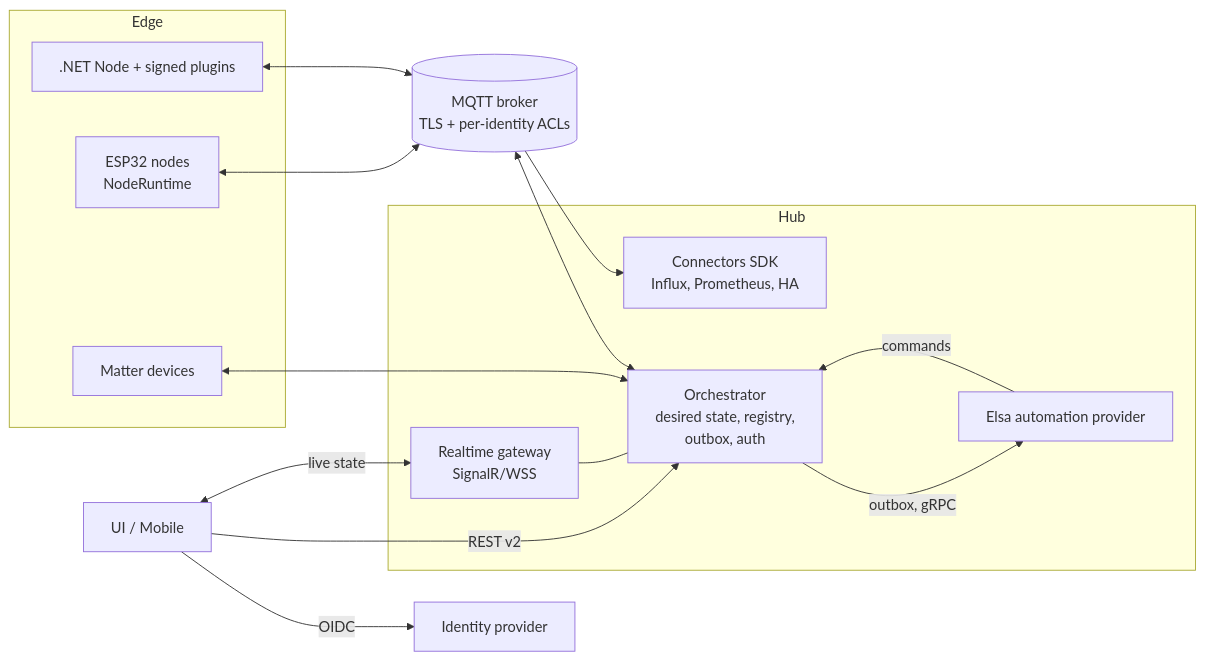
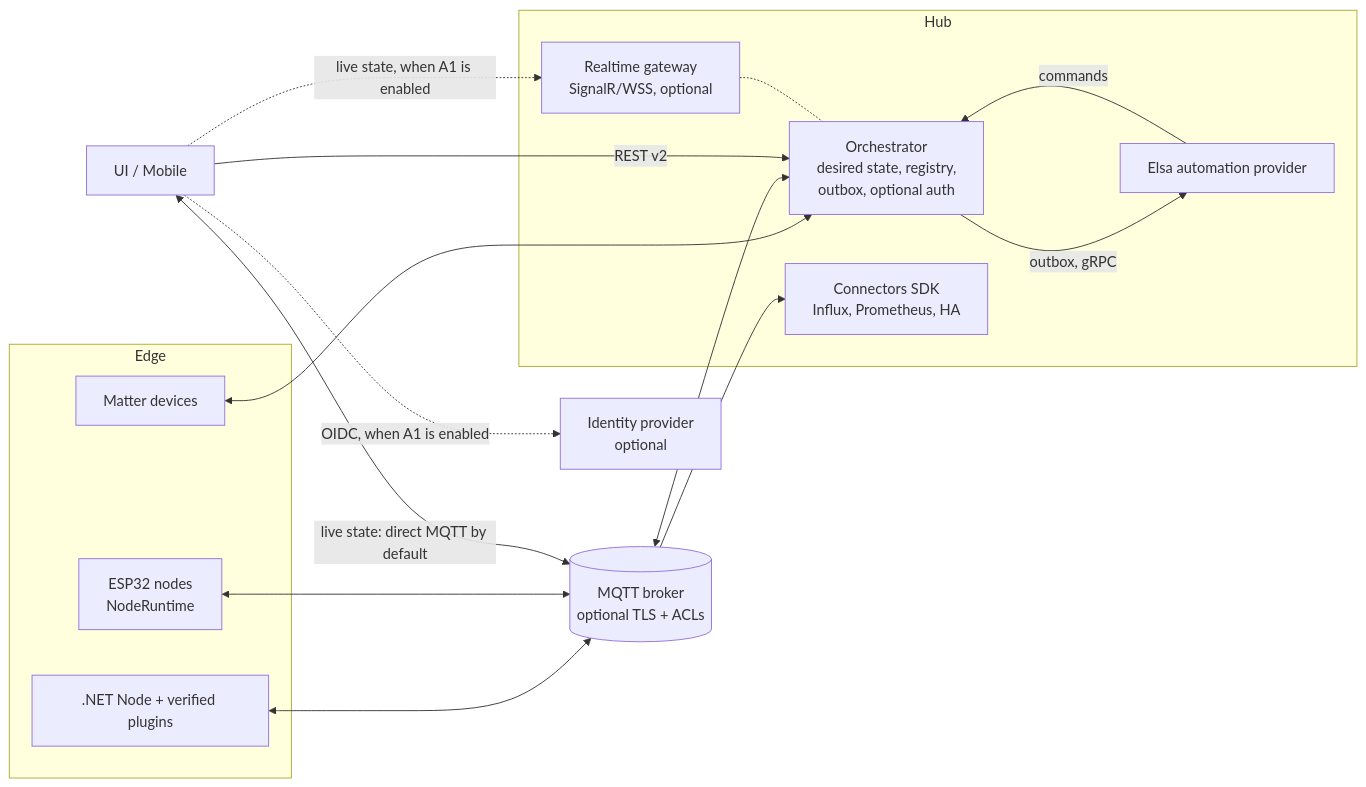
The diagram in PLATFORM-REVIEW.md (Revolutionized-IoT2/.github), drawn with Mermaid before and after one commit. The commit also changed other lines of this file and 2 other files, not shown here.

````diff
--- a/PLATFORM-REVIEW.md
+++ b/PLATFORM-REVIEW.md
@@ -190,27 +487,28 @@
 ```mermaid
 flowchart LR
   subgraph Edge
-    N[.NET Node + signed plugins]
+    N[.NET Node + verified plugins]
     F[ESP32 nodes<br/>NodeRuntime]
     M[Matter devices]
   end
-  B[(MQTT broker<br/>TLS + per-identity ACLs)]
+  B[(MQTT broker<br/>optional TLS + ACLs)]
   subgraph Hub
-    O[Orchestrator<br/>desired state, registry,<br/>outbox, auth]
-    G[Realtime gateway<br/>SignalR/WSS]
+    O[Orchestrator<br/>desired state, registry,<br/>outbox, optional auth]
+    G[Realtime gateway<br/>SignalR/WSS, optional]
     E[Elsa automation provider]
     C[Connectors SDK<br/>Influx, Prometheus, HA]
   end
   U[UI / Mobile]
-  I[Identity provider]
+  I[Identity provider<br/>optional]
   N & F <--> B
   M <--> O
   B <--> O
   O -->|outbox, gRPC| E
   E -->|commands| O
   B --> C
-  U -->|OIDC| I
+  U -.->|OIDC, when A1 is enabled| I
   U -->|REST v2| O
-  U <-->|live state| G
-  G --- O
+  U <-->|live state: direct MQTT by default| B
+  U -.->|live state, when A1 is enabled| G
+  G -.- O
 ```
````
